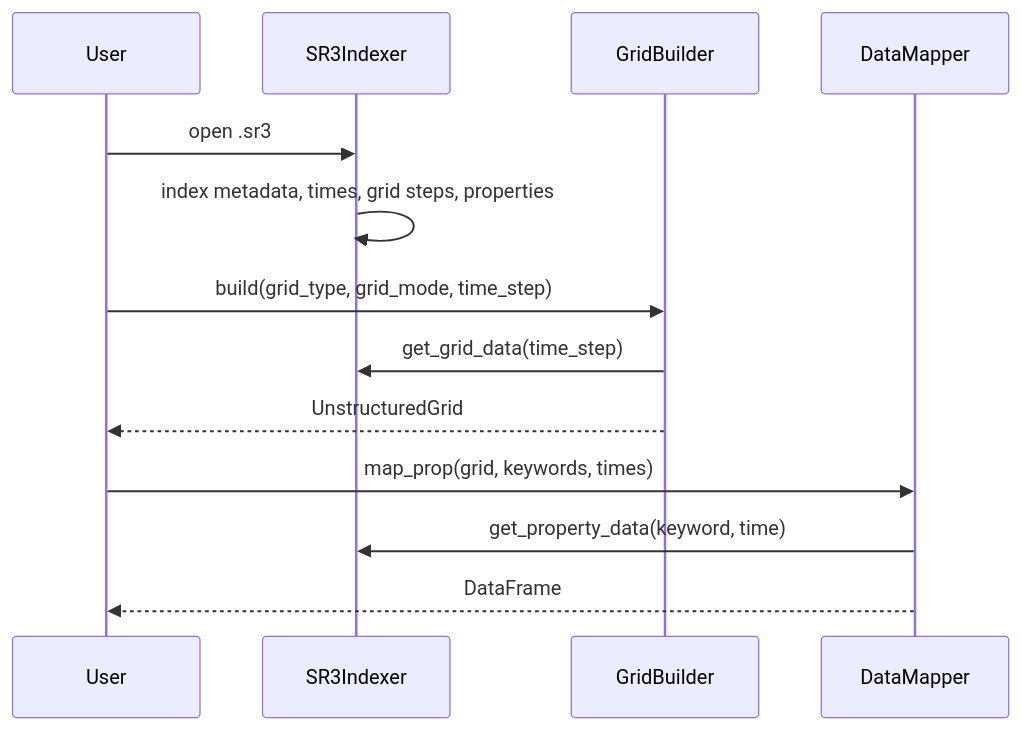
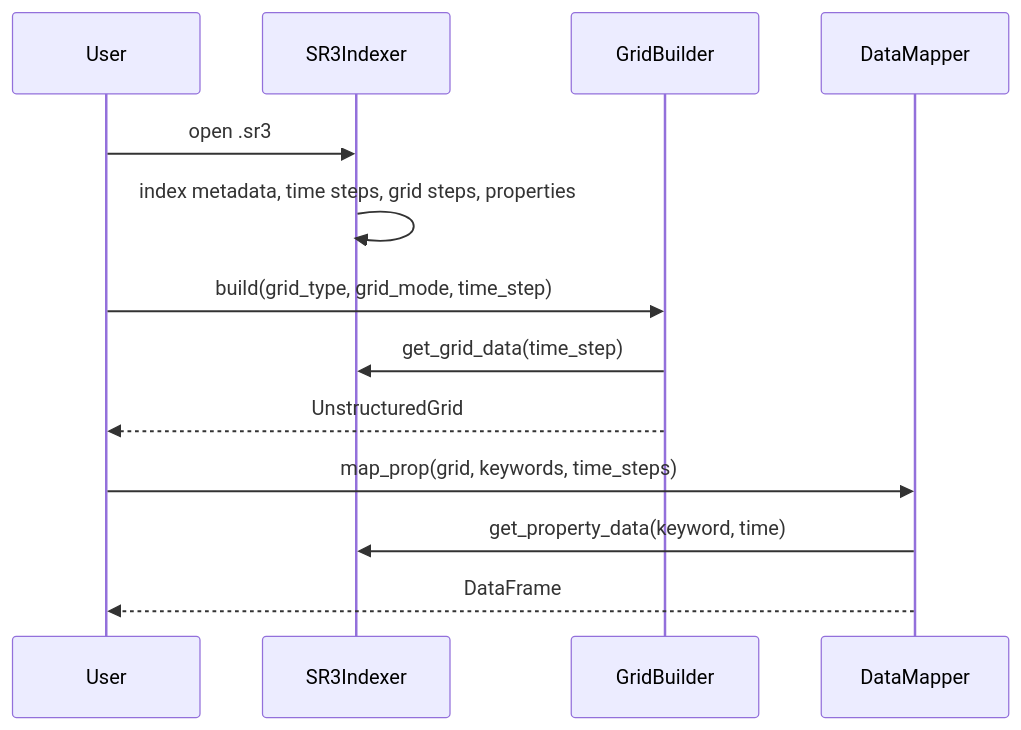
One commit to LLPetro/pysr3 changed the second of 2 diagrams in docs/developer-guide/architecture.md. Above: the diagram before and after it, drawn with Mermaid. The commit also changed 4 other files, not shown here.

````diff
--- a/docs/developer-guide/architecture.md
+++ b/docs/developer-guide/architecture.md
@@ -57,16 +57,16 @@
 ```mermaid
 sequenceDiagram
     participant User
     participant Indexer as SR3Indexer
     participant Builder as GridBuilder
     participant Mapper as DataMapper
 
     User->>Indexer: open .sr3
-    Indexer->>Indexer: index metadata, times, grid steps, properties
+    Indexer->>Indexer: index metadata, time steps, grid steps, properties
     User->>Builder: build(grid_type, grid_mode, time_step)
     Builder->>Indexer: get_grid_data(time_step)
     Builder-->>User: UnstructuredGrid
-    User->>Mapper: map_prop(grid, keywords, times)
+    User->>Mapper: map_prop(grid, keywords, time_steps)
     Mapper->>Indexer: get_property_data(keyword, time)
     Mapper-->>User: DataFrame
 ```
````
